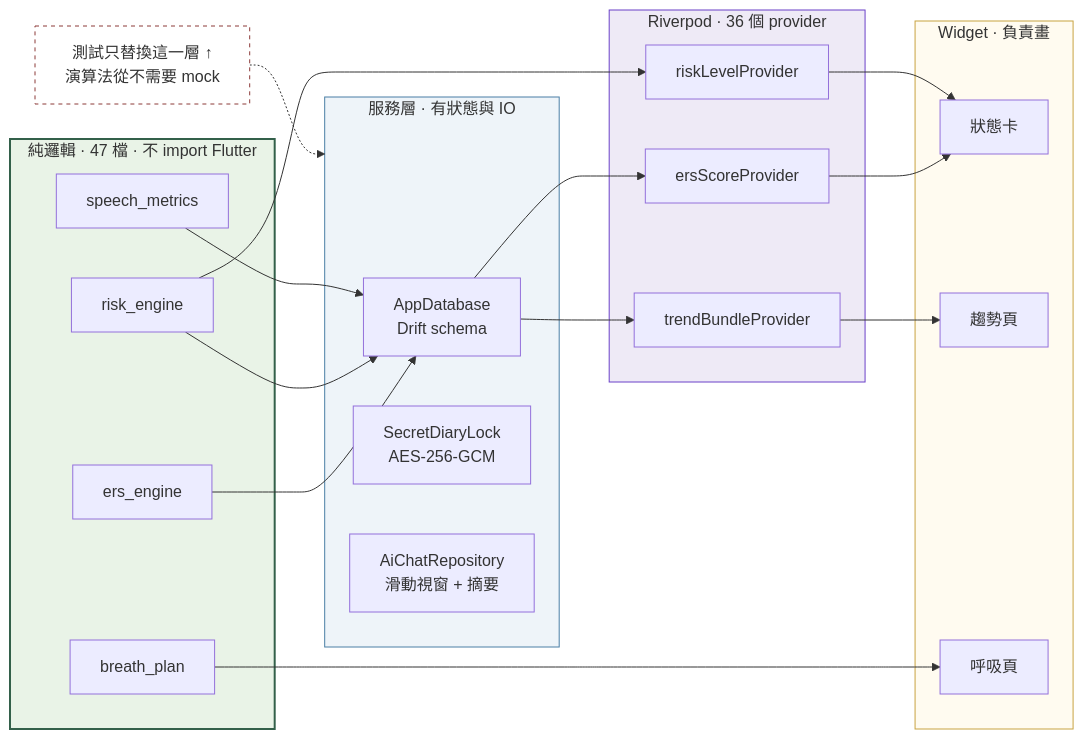
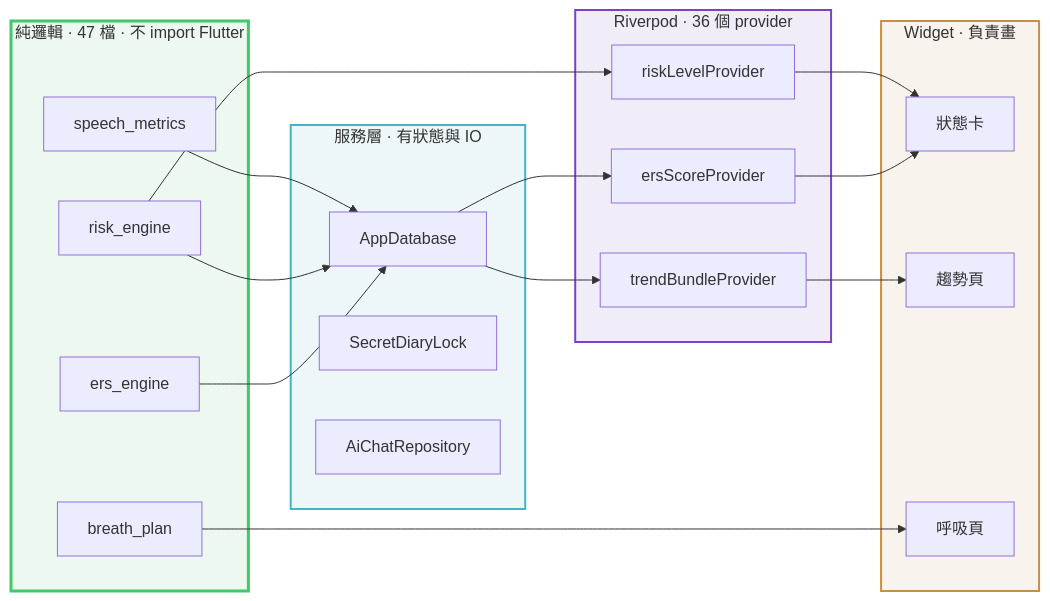
Before and after one commit to acacapcs-star/lii: the third of 3 diagrams in README.zh-TW.md, drawn with Mermaid. The commit also changed other lines of this file and 1 other file, not shown here.

Commit message:
docs: diagrams use the app palette, strictly bilingual

````diff
--- a/README.zh-TW.md
+++ b/README.zh-TW.md
@@ -663,47 +604,43 @@
 ```mermaid
 flowchart LR
     subgraph PURE["純邏輯 · 47 檔 · 不 import Flutter"]
         P1["ers_engine"]
         P2["risk_engine"]
         P3["breath_plan"]
         P4["speech_metrics"]
     end
 
     subgraph SVC["服務層 · 有狀態與 IO"]
-        S1["AppDatabase<br/>Drift schema"]
-        S2["SecretDiaryLock<br/>AES-256-GCM"]
-        S3["AiChatRepository<br/>滑動視窗 + 摘要"]
+        S1["AppDatabase"]
+        S2["SecretDiaryLock"]
+        S3["AiChatRepository"]
     end
 
     subgraph RIV["Riverpod · 36 個 provider"]
         R1["ersScoreProvider"]
         R2["riskLevelProvider"]
         R3["trendBundleProvider"]
     end
 
     subgraph UI["Widget · 負責畫"]
         U1["狀態卡"]
         U2["趨勢頁"]
         U3["呼吸頁"]
     end
 
     P1 --> S1
     P2 --> S1
     P4 --> S1
     S1 --> R1
     S1 --> R3
     P2 --> R2
     R1 --> U1
     R2 --> U1
     R3 --> U2
     P3 --> U3
 
-    TEST["測試只替換這一層 ↑<br/>演算法從不需要 mock"]
-    TEST -.-> SVC
-
-    style PURE fill:#e9f3e7,stroke:#33604a,stroke-width:2px
-    style SVC fill:#eef4f9,stroke:#4a7fa5
-    style RIV fill:#eeeaf6,stroke:#6a41c8
-    style UI fill:#fffbf0,stroke:#c8a341
-    style TEST fill:#fff,stroke:#8c3b39,stroke-dasharray: 4 4
+    style PURE fill:#EDF8F0,stroke:#41C86A,stroke-width:3px
+    style SVC fill:#EDF6F8,stroke:#41B4C8,stroke-width:2px
+    style RIV fill:#F1EDF8,stroke:#7C41C8,stroke-width:2px
+    style UI fill:#F8F3ED,stroke:#C88E41,stroke-width:2px
 ```
````
